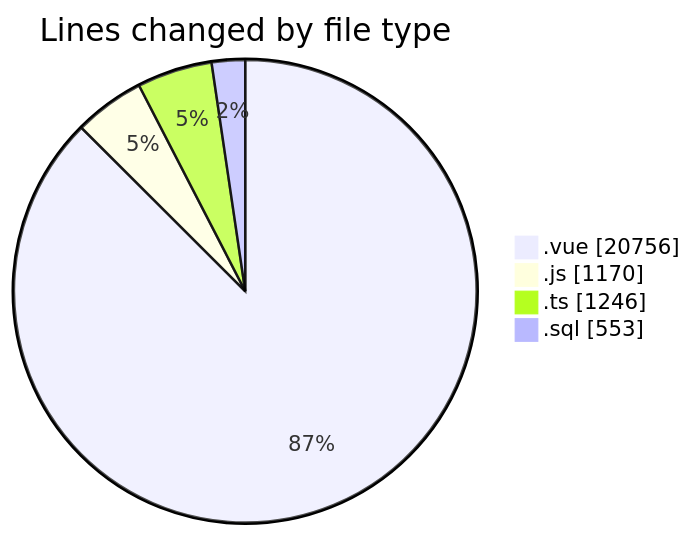
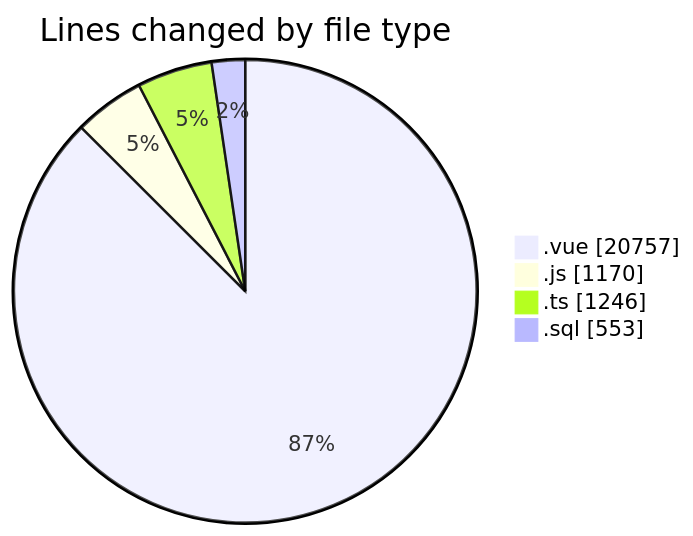
One commit to lephambinh05/code-tracking changed the first of 2 diagrams in 2025-08-13/rentotp/README.md. Above: the diagram before and after it, drawn with Mermaid. The commit also changed other lines of this file and 1 other file, not shown here.

````diff
--- a/2025-08-13/rentotp/README.md
+++ b/2025-08-13/rentotp/README.md
@@ -49,8 +49,8 @@
 ```mermaid
 pie showData
 title Lines changed by file type
-".vue" : 20756
+".vue" : 20757
 ".js" : 1170
 ".ts" : 1246
 ".sql" : 553
 ```
````
